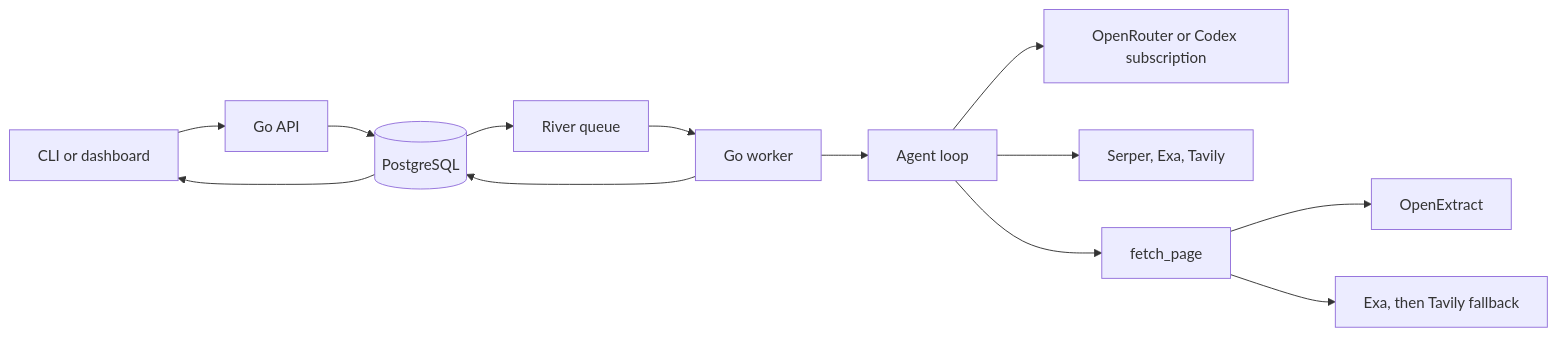
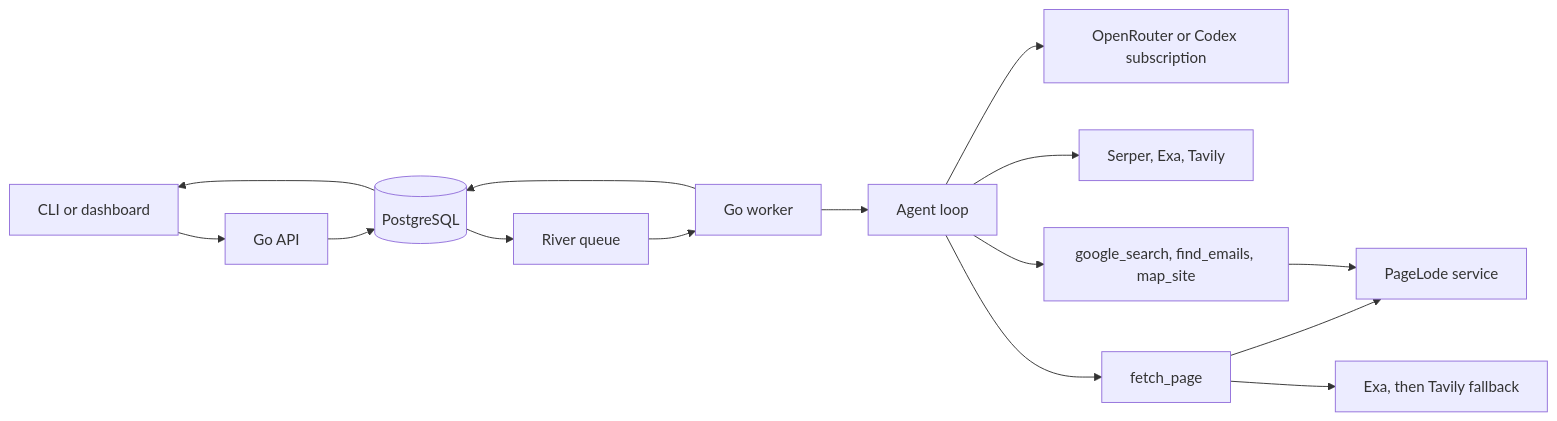
The diagram in docs/architecture.md (simonbalfe/freegent), drawn with Mermaid before and after one commit. The commit also changed other lines of this file and 23 other files, not shown here.

First line of the commit message:
feat: replace OpenExtract with PageLode tools

````diff
--- a/docs/architecture.md
+++ b/docs/architecture.md
@@ -5,15 +5,17 @@
 ```mermaid
 flowchart LR
     User[CLI or dashboard] --> API[Go API]
     API --> DB[(PostgreSQL)]
     DB --> River[River queue]
     River --> Worker[Go worker]
     Worker --> Agent[Agent loop]
     Agent --> Model[OpenRouter or Codex subscription]
     Agent --> Search[Serper, Exa, Tavily]
     Agent --> Fetch[fetch_page]
-    Fetch --> Extract[OpenExtract]
+    Fetch --> PageLode[PageLode service]
     Fetch --> Managed[Exa, then Tavily fallback]
+    Agent --> Site[google_search, find_emails, map_site]
+    Site --> PageLode
     Worker --> DB
     DB --> User
 ```
````
